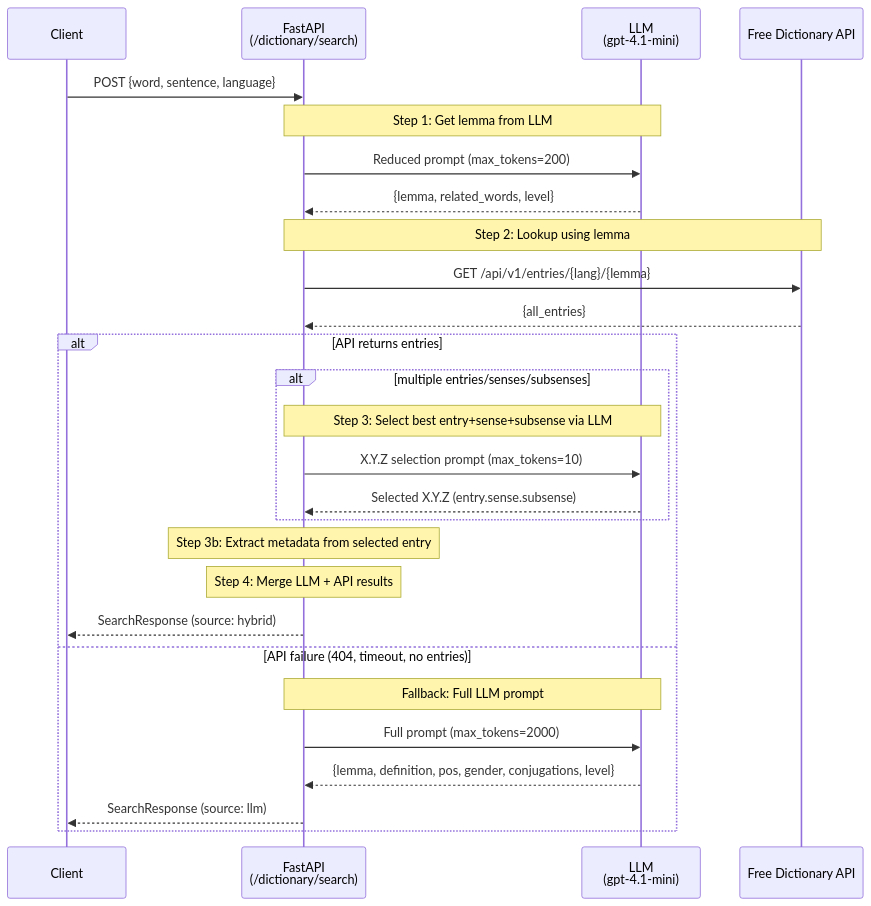
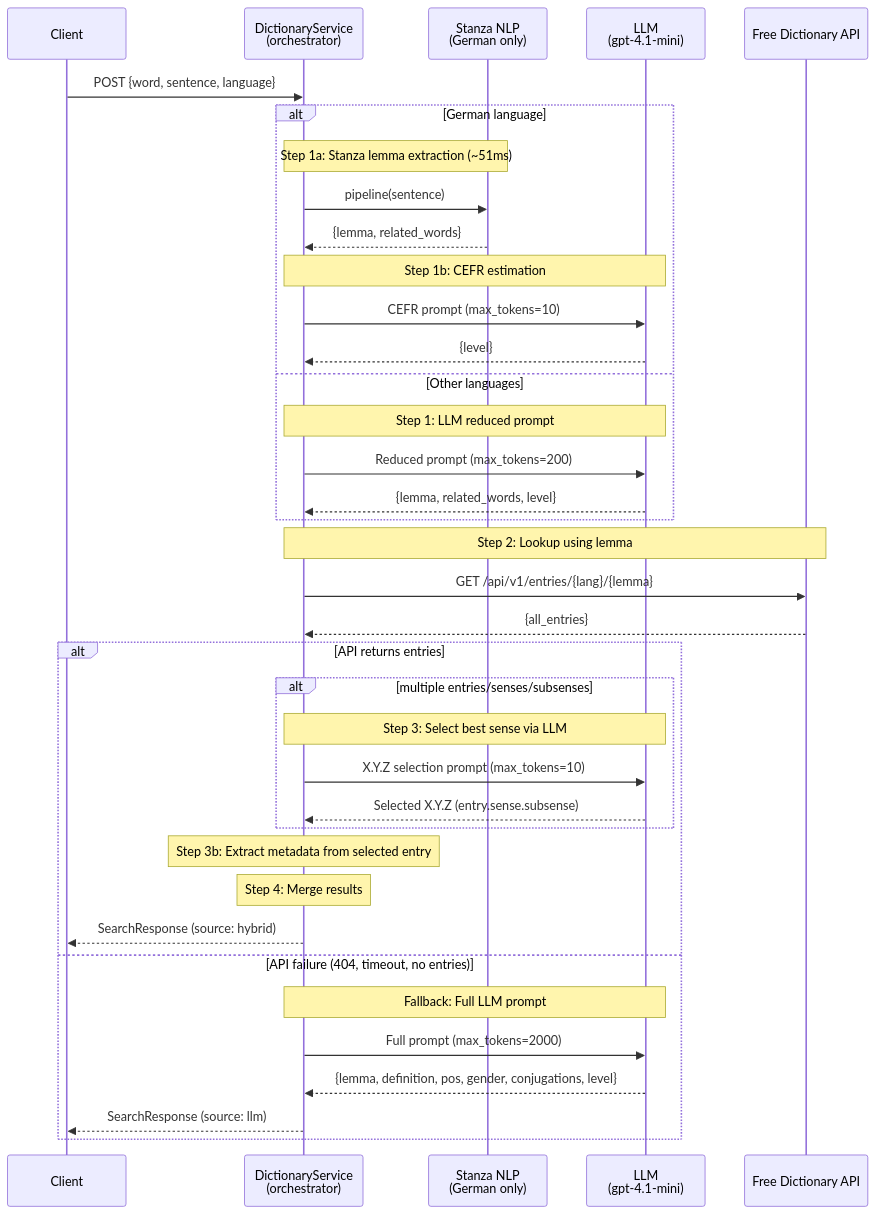
Before and after one commit to seung-gu/opad: the sixth of 6 diagrams in docs/ARCHITECTURE.md, drawn with Mermaid. The commit also changed other lines of this file and 12 other files, not shown here.

````diff
--- a/docs/ARCHITECTURE.md
+++ b/docs/ARCHITECTURE.md
@@ -1136,33 +1239,43 @@
 ```mermaid
 sequenceDiagram
     participant Client
-    participant API as FastAPI<br/>(/dictionary/search)
+    participant Service as DictionaryService<br/>(orchestrator)
+    participant Stanza as Stanza NLP<br/>(German only)
     participant LLM as LLM<br/>(gpt-4.1-mini)
     participant FreeDict as Free Dictionary API
 
-    Client->>API: POST {word, sentence, language}
+    Client->>Service: POST {word, sentence, language}
 
-    Note over API,LLM: Step 1: Get lemma from LLM
-    API->>LLM: Reduced prompt (max_tokens=200)
-    LLM-->>API: {lemma, related_words, level}
+    alt German language
+        Note over Service,Stanza: Step 1a: Stanza lemma extraction (~51ms)
+        Service->>Stanza: pipeline(sentence)
+        Stanza-->>Service: {lemma, related_words}
+        Note over Service,LLM: Step 1b: CEFR estimation
+        Service->>LLM: CEFR prompt (max_tokens=10)
+        LLM-->>Service: {level}
+    else Other languages
+        Note over Service,LLM: Step 1: LLM reduced prompt
+        Service->>LLM: Reduced prompt (max_tokens=200)
+        LLM-->>Service: {lemma, related_words, level}
+    end
 
-    Note over API,FreeDict: Step 2: Lookup using lemma
-    API->>FreeDict: GET /api/v1/entries/{lang}/{lemma}
-    FreeDict-->>API: {all_entries}
+    Note over Service,FreeDict: Step 2: Lookup using lemma
+    Service->>FreeDict: GET /api/v1/entries/{lang}/{lemma}
+    FreeDict-->>Service: {all_entries}
 
     alt API returns entries
         alt multiple entries/senses/subsenses
-            Note over API,LLM: Step 3: Select best entry+sense+subsense via LLM
-            API->>LLM: X.Y.Z selection prompt (max_tokens=10)
-            LLM-->>API: Selected X.Y.Z (entry.sense.subsense)
+            Note over Service,LLM: Step 3: Select best sense via LLM
+            Service->>LLM: X.Y.Z selection prompt (max_tokens=10)
+            LLM-->>Service: Selected X.Y.Z (entry.sense.subsense)
         end
-        Note over API: Step 3b: Extract metadata from selected entry
-        Note over API: Step 4: Merge LLM + API results
-        API-->>Client: SearchResponse (source: hybrid)
+        Note over Service: Step 3b: Extract metadata from selected entry
+        Note over Service: Step 4: Merge results
+        Service-->>Client: SearchResponse (source: hybrid)
     else API failure (404, timeout, no entries)
-        Note over API,LLM: Fallback: Full LLM prompt
-        API->>LLM: Full prompt (max_tokens=2000)
-        LLM-->>API: {lemma, definition, pos, gender, conjugations, level}
-        API-->>Client: SearchResponse (source: llm)
+        Note over Service,LLM: Fallback: Full LLM prompt
+        Service->>LLM: Full prompt (max_tokens=2000)
+        LLM-->>Service: {lemma, definition, pos, gender, conjugations, level}
+        Service-->>Client: SearchResponse (source: llm)
     end
 ```
````
